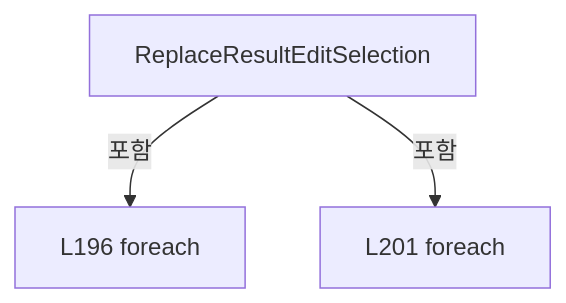
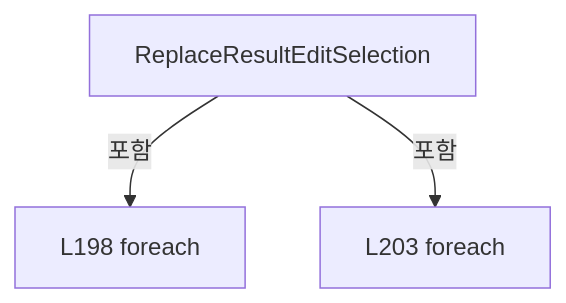
The eighth of 24 diagrams in A3 LD Code Ref/files/Drilling.UI/Menu/Menus/CMenuCorrection.ReviewData.Edit.cs.md (kjuws10-rgb/Shared), drawn with Mermaid before and after one commit. The commit also changed other lines of this file and 2071 other files, not shown here.

Commit message:
docs(a3): update 11.19.0 architecture and code reference

````diff
--- a/A3 LD Code Ref/files/Drilling.UI/Menu/Menus/CMenuCorrection.ReviewData.Edit.cs.md
+++ b/A3 LD Code Ref/files/Drilling.UI/Menu/Menus/CMenuCorrection.ReviewData.Edit.cs.md
@@ -2081,8 +2139,8 @@
 ```mermaid
 flowchart TD
  M["ReplaceResultEditSelection"]
- N0["L196 foreach"]
+ N0["L198 foreach"]
  M -->|포함| N0
- N1["L201 foreach"]
+ N1["L203 foreach"]
  M -->|포함| N1
 ```
````
